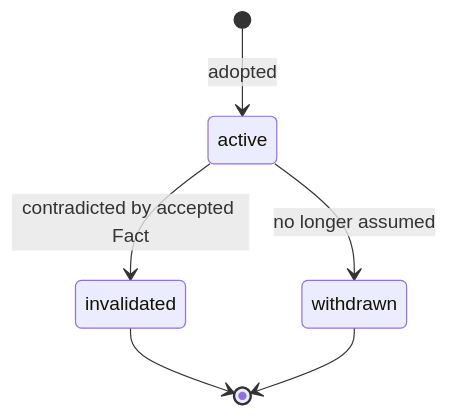
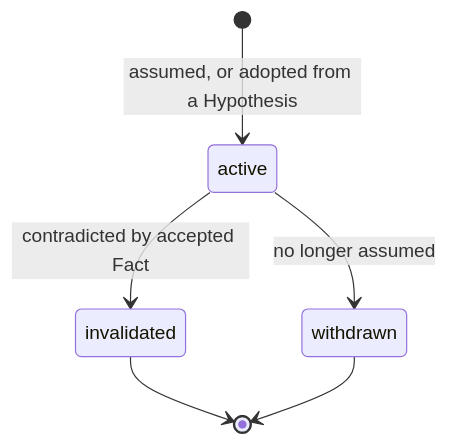
The third of 3 diagrams in docs/factclash/domain-model/entities/reasoning.md (mahyar-jahaninasab/factclash), drawn with Mermaid before and after one commit. The commit also changed other lines of this file, not shown here.

Commit message:
Add the definition of hypothesis, fact, premise as entites

````diff
--- a/docs/factclash/domain-model/entities/reasoning.md
+++ b/docs/factclash/domain-model/entities/reasoning.md
@@ -293,8 +308,9 @@
 ```mermaid
 stateDiagram-v2
-    [*] --> active : adopted
+    [*] --> active : assumed, or adopted from a Hypothesis
     active --> invalidated : contradicted by accepted Fact
     active --> withdrawn : no longer assumed
     invalidated --> [*]
     withdrawn --> [*]
+
 ```
````
